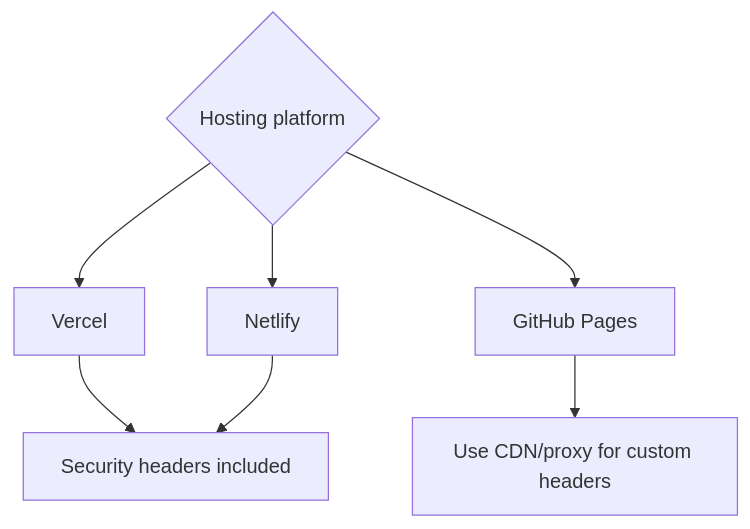
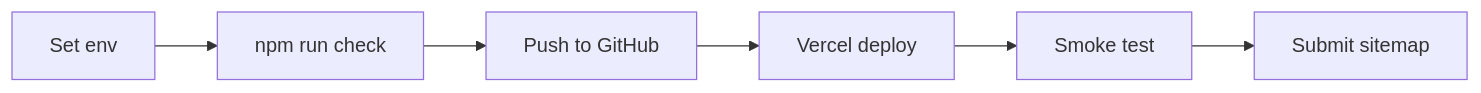
Before and after one commit to SidheshwarSarangal/portfoionew: the third of 4 diagrams in docs/DEPLOYMENT.md, drawn with Mermaid. The commit also changed other lines of this file and 8 other files, not shown here.

````diff
--- a/docs/DEPLOYMENT.md
+++ b/docs/DEPLOYMENT.md
@@ -39,10 +61,8 @@
 ```mermaid
-flowchart TD
-  Host{Hosting platform}
-  Host --> V[Vercel]
-  Host --> N[Netlify]
-  Host --> G[GitHub Pages]
-  V --> H[Security headers included]
-  N --> H
-  G --> C[Use CDN/proxy for custom headers]
+flowchart LR
+  Env[Set env] --> Build[npm run check]
+  Build --> Push[Push to GitHub]
+  Push --> Deploy[Vercel deploy]
+  Deploy --> Smoke[Smoke test]
+  Smoke --> Search[Submit sitemap]
 ```
````
